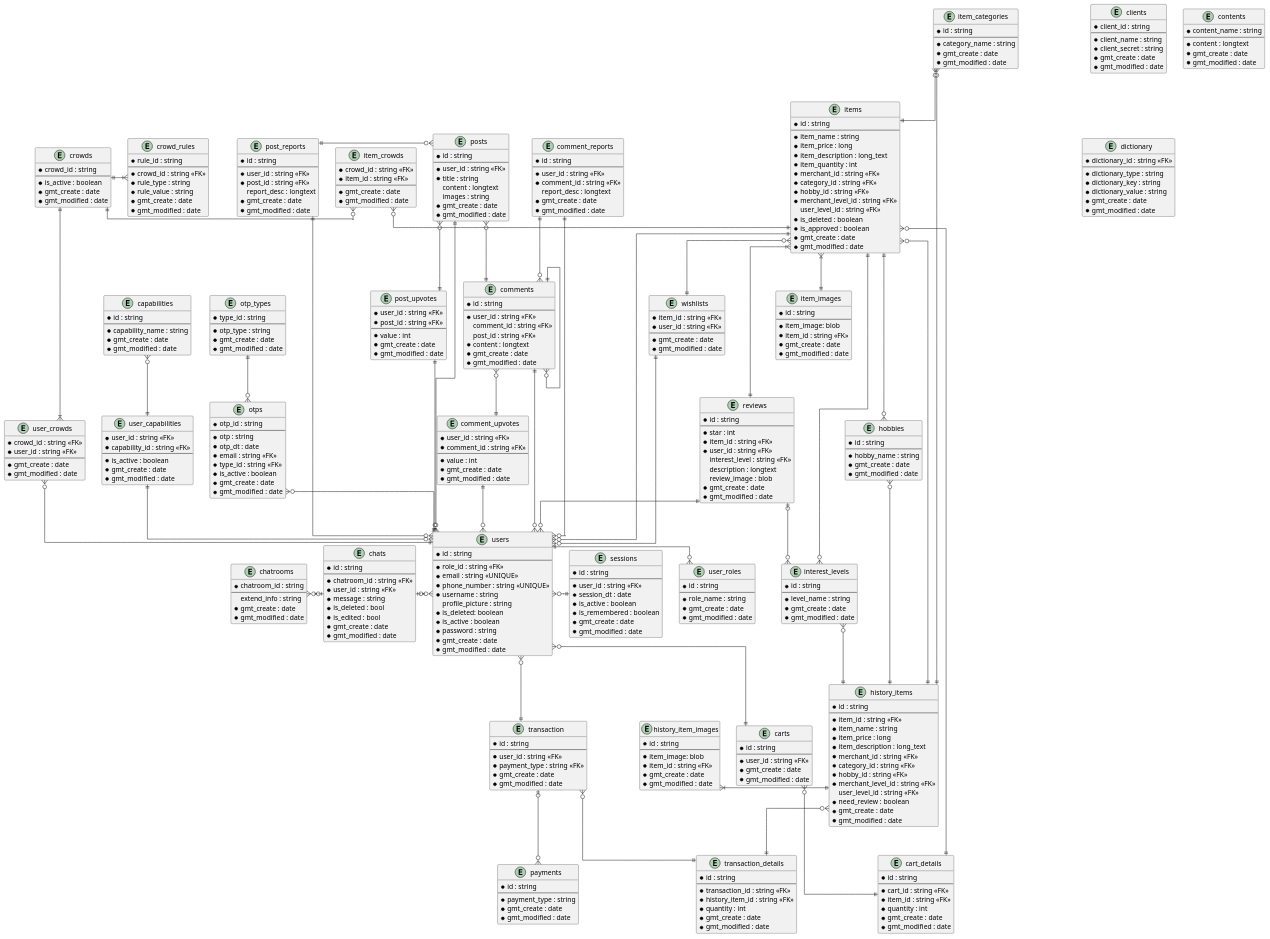
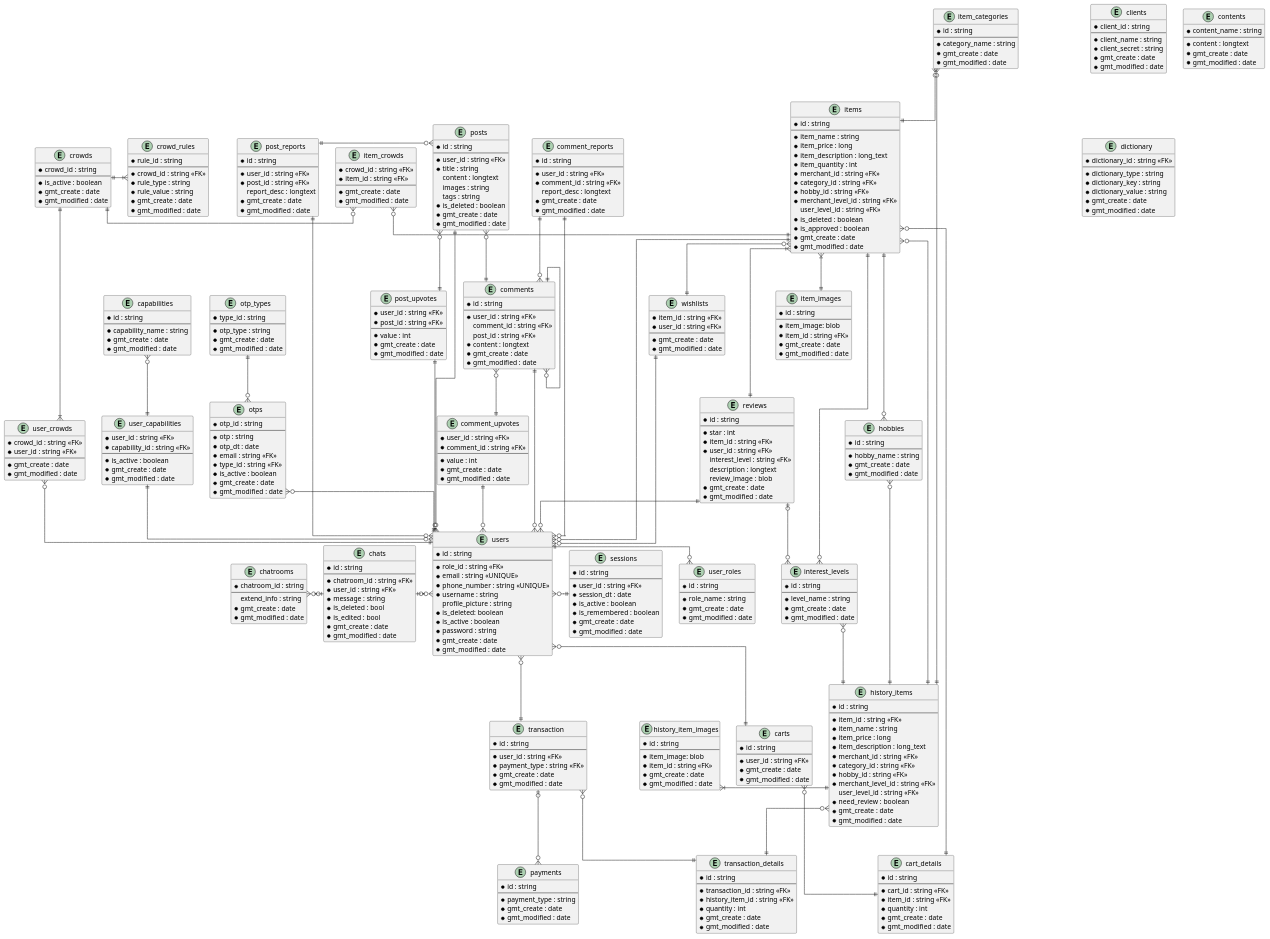
Before and after one commit to aldihsuhandi/skripsi-2023: the diagram in uml/ERD.pu, drawn with PlantUML. The commit also changed 9 other files, not shown here.

```diff
--- a/uml/ERD.pu
+++ b/uml/ERD.pu
@@ -210,6 +210,8 @@
     * title : string
       content : longtext
       images : string
+      tags : string
+    * is_deleted : boolean
     * gmt_create : date
     * gmt_modified : date
 }
```
